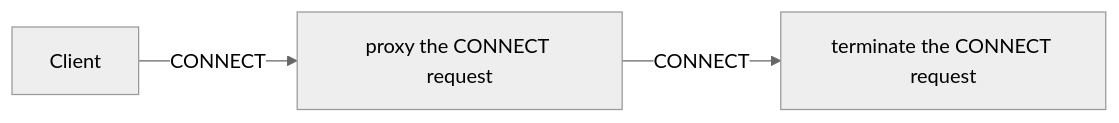
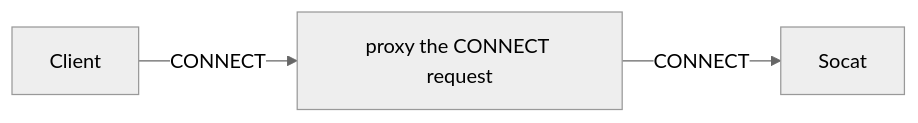
One commit to envoyproxy/gateway changed the diagram in site/content/en/latest/tasks/traffic/http-connect-tunnels.md. Above: the diagram before and after it, drawn with Mermaid (neutral theme). The commit also changed other lines of this file, not shown here.

````diff
--- a/site/content/en/latest/tasks/traffic/http-connect-tunnels.md
+++ b/site/content/en/latest/tasks/traffic/http-connect-tunnels.md
@@ -136,5 +19,5 @@
 ```mermaid
 graph LR
     Client--CONNECT-->ProxyEnvoy[proxy the CONNECT request]
-    ProxyEnvoy[proxy the CONNECT request]--CONNECT-->Backend[terminate the CONNECT request]
+    ProxyEnvoy[proxy the CONNECT request]--CONNECT-->Socat
 ```
````
